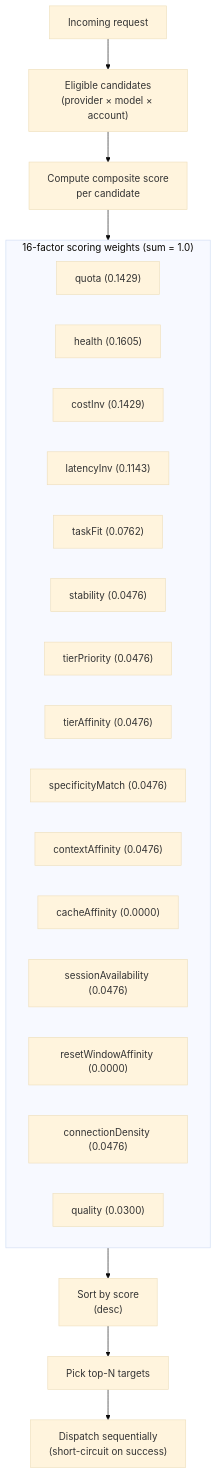
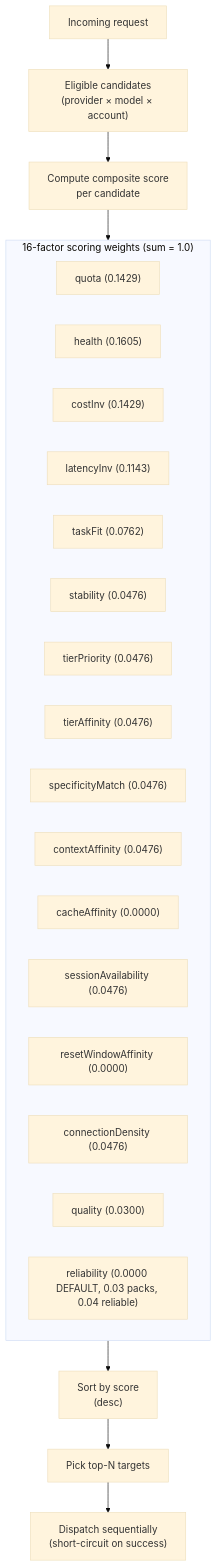
One commit to niyatna/NiyatnaRoute changed the diagram in docs/diagrams/auto-combo-scoring.mmd. Above: the diagram before and after it, drawn with Mermaid (base theme). The commit also changed 9 other files, not shown here.

```diff
--- a/docs/diagrams/auto-combo-scoring.mmd
+++ b/docs/diagrams/auto-combo-scoring.mmd
@@ -1,31 +1,32 @@
 %% Auto-Combo 16-factor scoring
 %% Reflects: open-sse/services/autoCombo/scoring.ts (DEFAULT_WEIGHTS, sum = 1.0)
 %% v3.8.50
 %% svg-title: OmniRoute Auto-Combo 16-factor scoring
-%% svg-description: Flow from an incoming request through eligible candidates, the 15 weighted scoring factors, descending score sort, top-N selection, and sequential dispatch.
+%% svg-description: Flow from an incoming request through eligible candidates, the 16 weighted scoring factors, descending score sort, top-N selection, and sequential dispatch.
 flowchart TB
   Request["Incoming request"] --> Candidates["Eligible candidates<br/>(provider × model × account)"]
   Candidates --> Score["Compute composite score<br/>per candidate"]
 
   subgraph Factors["16-factor scoring weights (sum = 1.0)"]
     f1["quota (0.1429)"]
     f2["health (0.1605)"]
     f3["costInv (0.1429)"]
     f4["latencyInv (0.1143)"]
     f5["taskFit (0.0762)"]
     f6["stability (0.0476)"]
     f7["tierPriority (0.0476)"]
     f8["tierAffinity (0.0476)"]
     f9["specificityMatch (0.0476)"]
     f10["contextAffinity (0.0476)"]
     f11["cacheAffinity (0.0000)"]
     f12["sessionAvailability (0.0476)"]
     f13["resetWindowAffinity (0.0000)"]
     f14["connectionDensity (0.0476)"]
     f15["quality (0.0300)"]
+    f16["reliability (0.0000 DEFAULT, 0.03 packs, 0.04 reliable)"]
   end
 
   Score --> Factors
   Factors --> Final["Sort by score<br/>(desc)"]
   Final --> Top["Pick top-N targets"]
   Top --> Dispatch["Dispatch sequentially<br/>(short-circuit on success)"]
```
